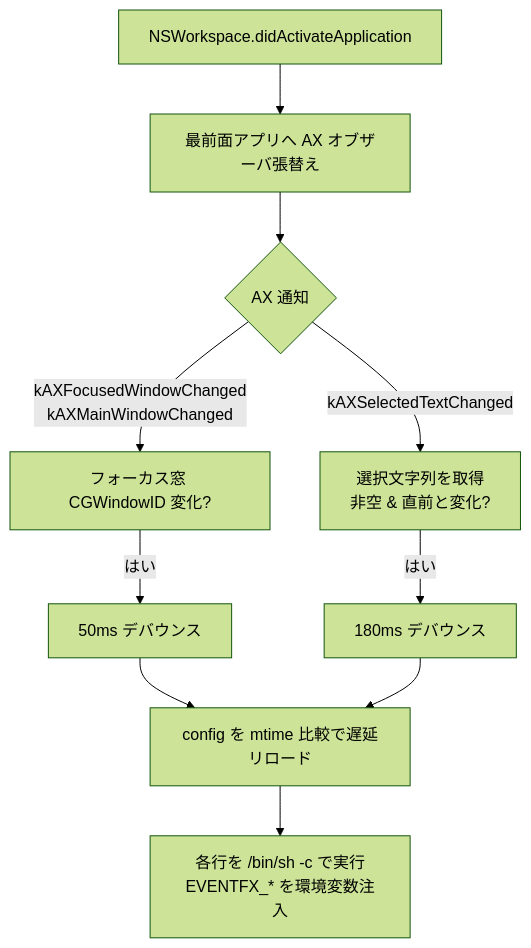
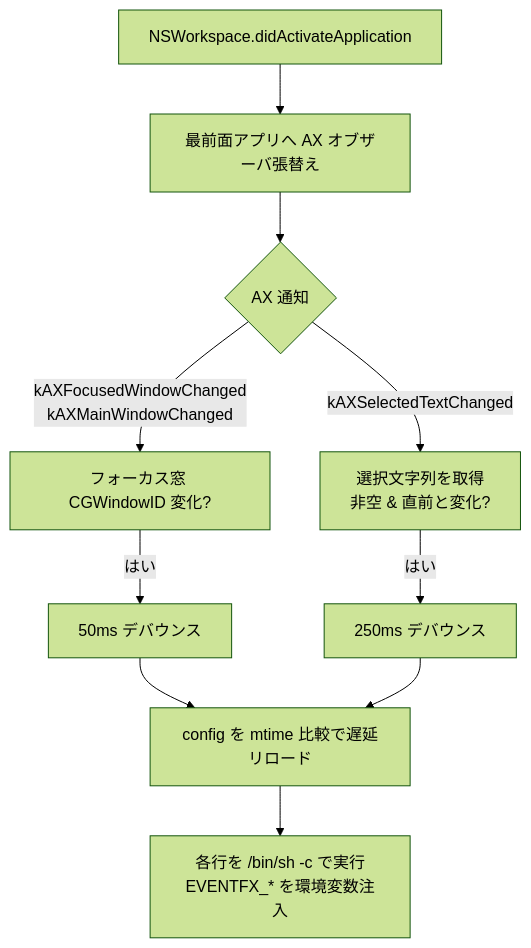
One commit to akira-toriyama/eventfx changed the diagram in README.ja.md. Above: the diagram before and after it, drawn with Mermaid (forest theme). The commit also changed 3 other files, not shown here.

````diff
--- a/README.ja.md
+++ b/README.ja.md
@@ -21,12 +21,12 @@
 ```mermaid
 flowchart TD
     A[NSWorkspace.didActivateApplication] --> B[最前面アプリへ AX オブザーバ張替え]
     B --> C{AX 通知}
     C -- kAXFocusedWindowChanged<br/>kAXMainWindowChanged --> D[フォーカス窓 CGWindowID 変化?]
     C -- kAXSelectedTextChanged --> S[選択文字列を取得<br/>非空 &amp; 直前と変化?]
     D -- はい --> F[50ms デバウンス]
-    S -- はい --> T[180ms デバウンス]
+    S -- はい --> T[250ms デバウンス]
     F --> G[config を mtime 比較で遅延リロード]
     T --> G
     G --> H[各行を /bin/sh -c で実行<br/>EVENTFX_* を環境変数注入]
 ```
````
